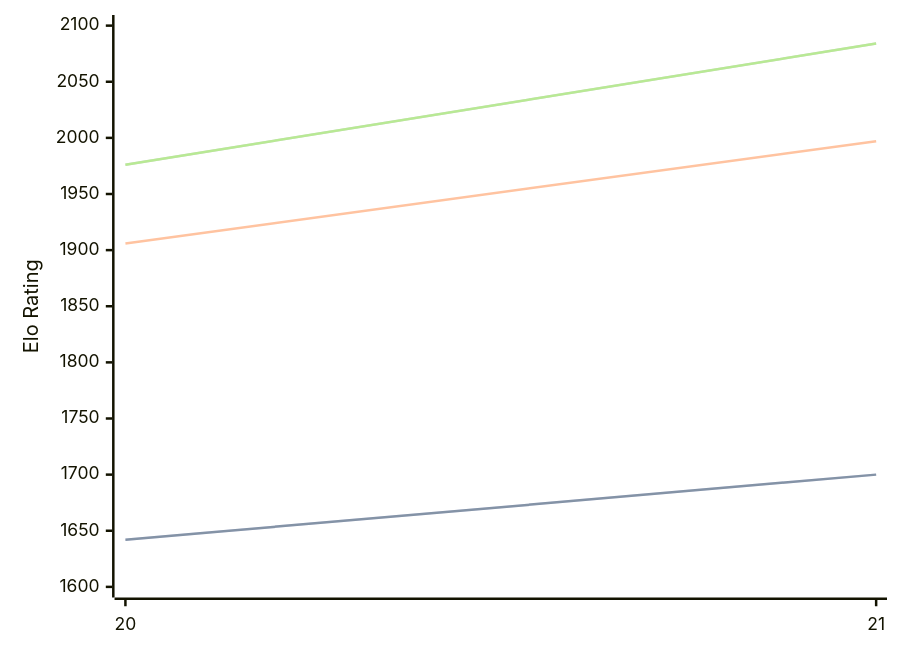
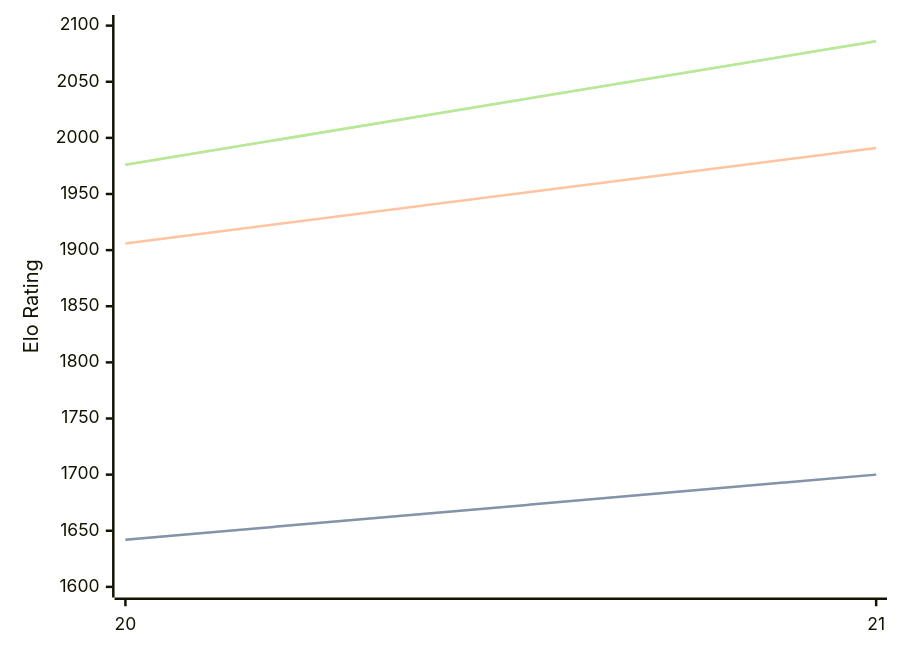
Before and after one commit to computer-chess-index/cci: the diagram in engines/PurplePanda.md, drawn with Mermaid. The commit also changed other lines of this file, not shown here.

Commit message:
Update CCI Ratings (ELO VLTC) - 2026-08-20

````diff
--- a/engines/PurplePanda.md
+++ b/engines/PurplePanda.md
@@ -32,11 +32,11 @@
 ```mermaid
 %%{init: {"theme":"base","themeVariables":{"seriesColors:['#a3a3a3','#222221','#faa371']}}}%%
 xychart-beta
   x-axis ["20", "21"]
   y-axis "Elo Rating" 1600 --> 2100
   line "STC (8.0+0.08s)" [1642, 1700]
   line "STC (8.0+0.08s)" [1642, 1700]
-  line "LTC (60.0+0.60s)" [1906, 1997]
-  line "VLTC (2m24s+1.12s)" [1976, 2084]
-  line "VLTC (2m24s+1.12s)" [1976, 2084]
+  line "LTC (60.0+0.60s)" [1906, 1991]
+  line "VLTC (2m24s+1.12s)" [1976, 2086]
+  line "VLTC (2m24s+1.12s)" [1976, 2086]
 ```
````
